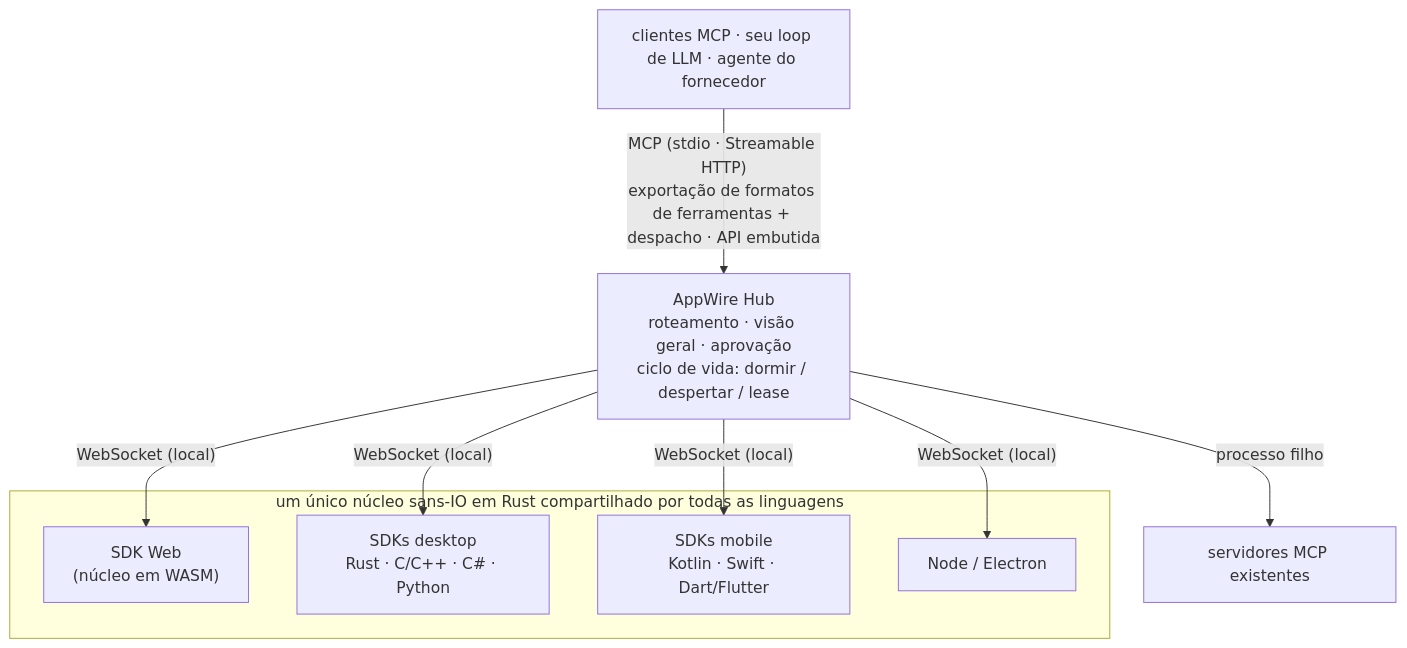
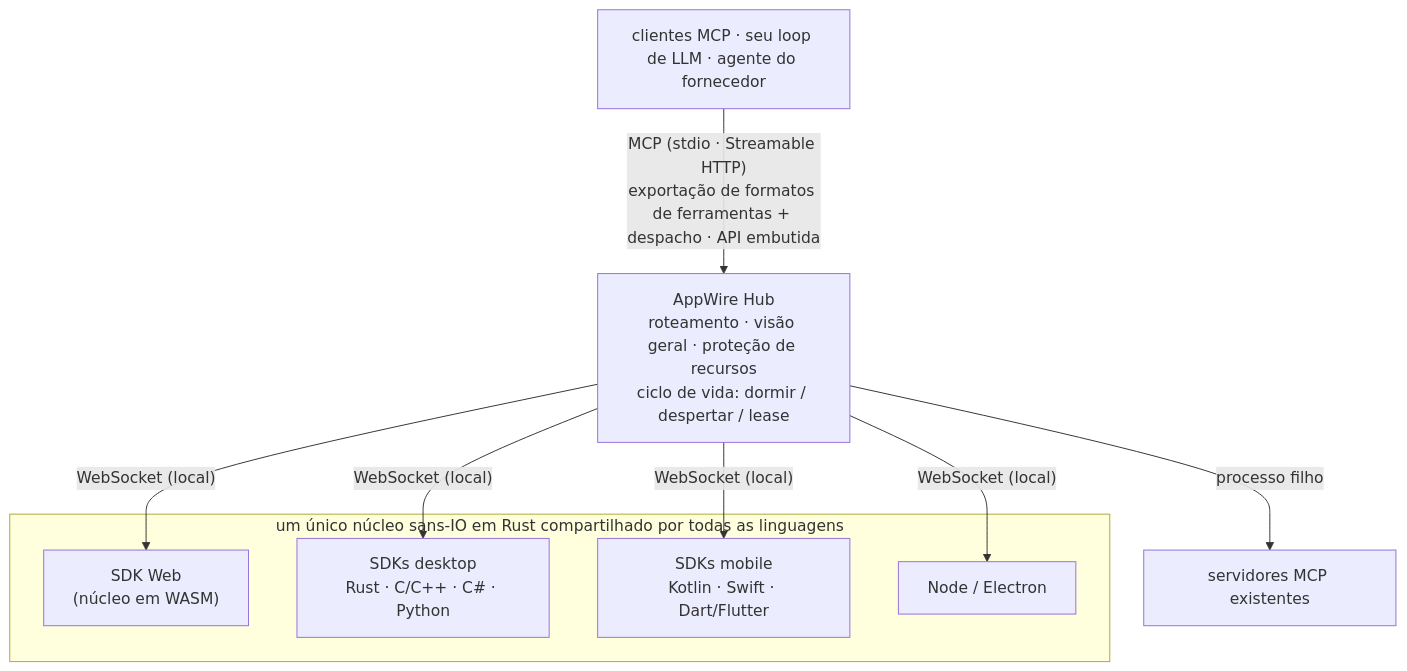
Before and after one commit to stareing/appwire: the diagram in docs/README.pt-BR.md, drawn with Mermaid. The commit also changed other lines of this file and 11 other files, not shown here.

Commit message:
第 18 项 L1 + L4：README（11 种语言）与 llms.txt 去掉"Hub 审批"承诺，改为放行归 Agent、高风险确认归 App、本库如实传递声明并保护资源；补第 9 条原则"看得见、改得回"

````diff
--- a/docs/README.pt-BR.md
+++ b/docs/README.pt-BR.md
@@ -151,17 +154,17 @@
 ```mermaid
 flowchart TD
   clients["clientes MCP · seu loop de LLM · agente do fornecedor"]
-  hub["AppWire Hub<br/>roteamento · visão geral · aprovação<br/>ciclo de vida: dormir / despertar / lease"]
+  hub["AppWire Hub<br/>roteamento · visão geral · proteção de recursos<br/>ciclo de vida: dormir / despertar / lease"]
   clients -- "MCP (stdio · Streamable HTTP)<br/>exportação de formatos de ferramentas + despacho · API embutida" --> hub
   hub -- "WebSocket (local)" --> web["SDK Web<br/>(núcleo em WASM)"]
   hub -- "WebSocket (local)" --> desktop["SDKs desktop<br/>Rust · C/C++ · C# · Python"]
   hub -- "WebSocket (local)" --> mobile["SDKs mobile<br/>Kotlin · Swift · Dart/Flutter"]
   hub -- "WebSocket (local)" --> node["Node / Electron"]
   hub -- "processo filho" --> upstream["servidores MCP existentes"]
   subgraph core["um único núcleo sans-IO em Rust compartilhado por todas as linguagens"]
     web
     desktop
     mobile
     node
   end
 ```
````
